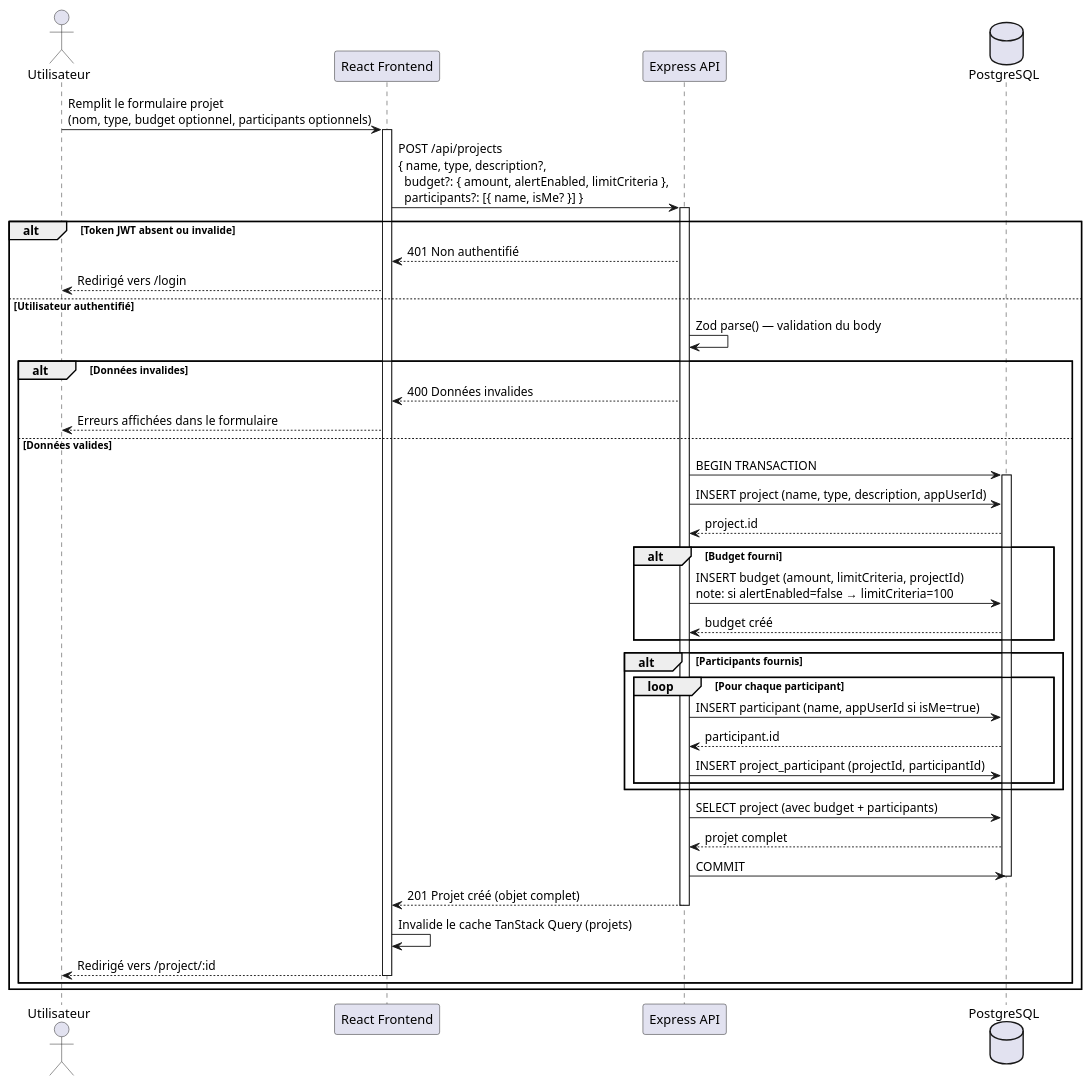
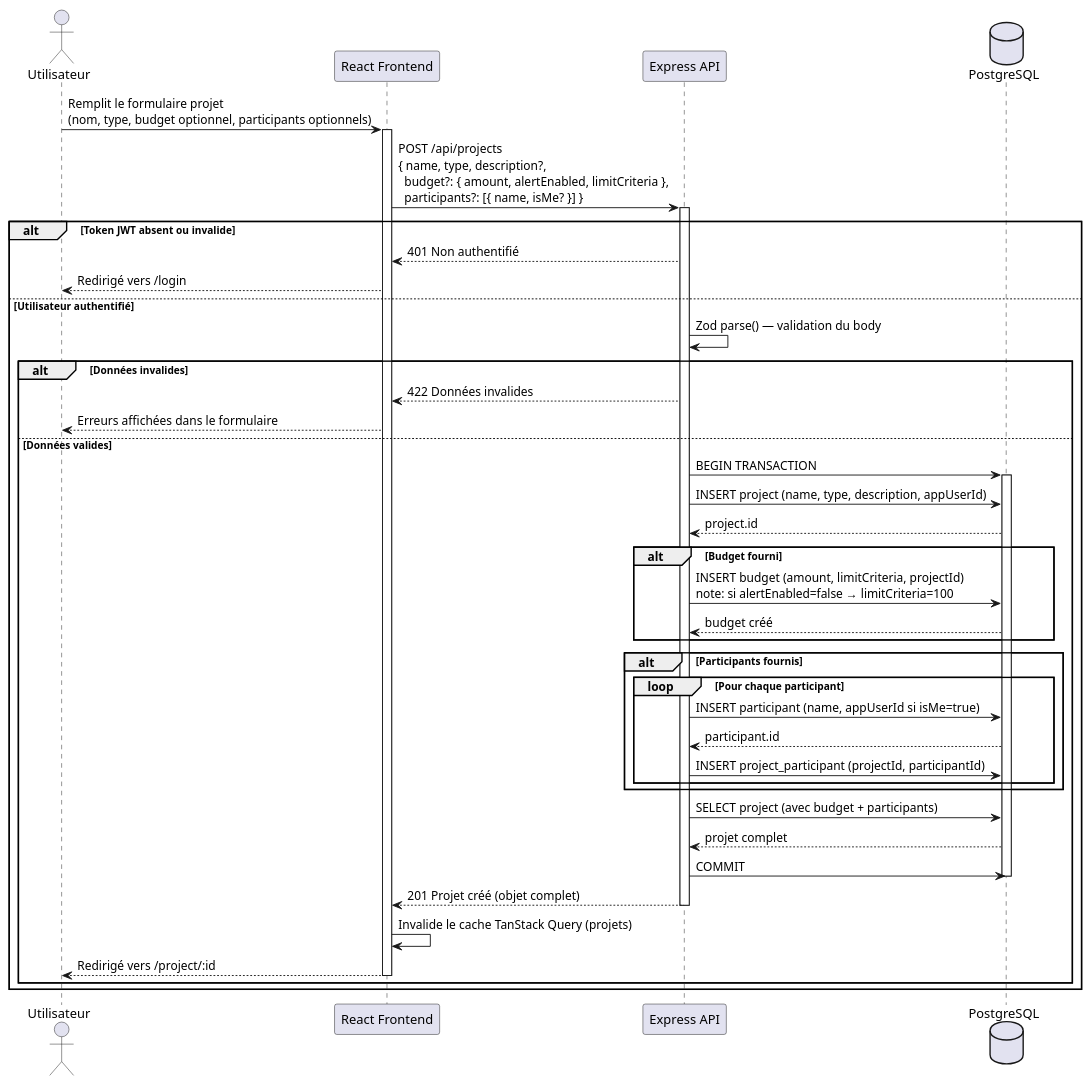
Before and after one commit to accolette/apotheose-LaPince-backend: the diagram in docs/s0.conception/conception/diagramme.de.sequence/add-project-sequence.puml, drawn with PlantUML. The commit also changed 15 other files, not shown here.

```diff
--- a/docs/s0.conception/conception/diagramme.de.sequence/add-project-sequence.puml
+++ b/docs/s0.conception/conception/diagramme.de.sequence/add-project-sequence.puml
@@ -1,63 +1,63 @@
 @startuml
 
 actor Utilisateur
 
 participant "React Frontend" as Front
 participant "Express API" as API
 database "PostgreSQL" as DB
 
 Utilisateur -> Front : Remplit le formulaire projet\n(nom, type, budget optionnel, participants optionnels)
 activate Front
 
 Front -> API : POST /api/projects\n{ name, type, description?,\n  budget?: { amount, alertEnabled, limitCriteria },\n  participants?: [{ name, isMe? }] }
 activate API
 
 alt Token JWT absent ou invalide
     API --> Front : 401 Non authentifié
     Front --> Utilisateur : Redirigé vers /login
 else Utilisateur authentifié
 
     API -> API : Zod parse() — validation du body
 
     alt Données invalides
-        API --> Front : 400 Données invalides
+        API --> Front : 422 Données invalides
         Front --> Utilisateur : Erreurs affichées dans le formulaire
     else Données valides
 
         API -> DB : BEGIN TRANSACTION
         activate DB
 
         API -> DB : INSERT project (name, type, description, appUserId)
         DB --> API : project.id
 
         alt Budget fourni
             API -> DB : INSERT budget (amount, limitCriteria, projectId)\nnote: si alertEnabled=false → limitCriteria=100
             DB --> API : budget créé
         end
 
         alt Participants fournis
             loop Pour chaque participant
                 API -> DB : INSERT participant (name, appUserId si isMe=true)
                 DB --> API : participant.id
                 API -> DB : INSERT project_participant (projectId, participantId)
             end
         end
 
         API -> DB : SELECT project (avec budget + participants)
         DB --> API : projet complet
         
         API -> DB : COMMIT
         deactivate DB
 
         API --> Front : 201 Projet créé (objet complet)
         deactivate API
 
         Front -> Front : Invalide le cache TanStack Query (projets)
         Front --> Utilisateur : Redirigé vers /project/:id
         deactivate Front
 
     end
 
 end
 
 @enduml
```
